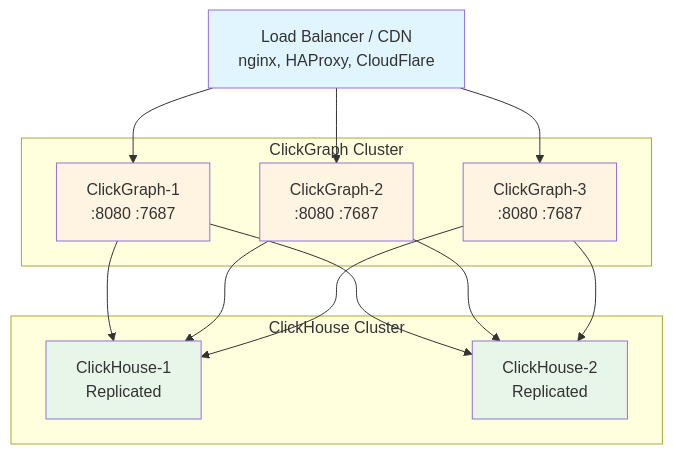
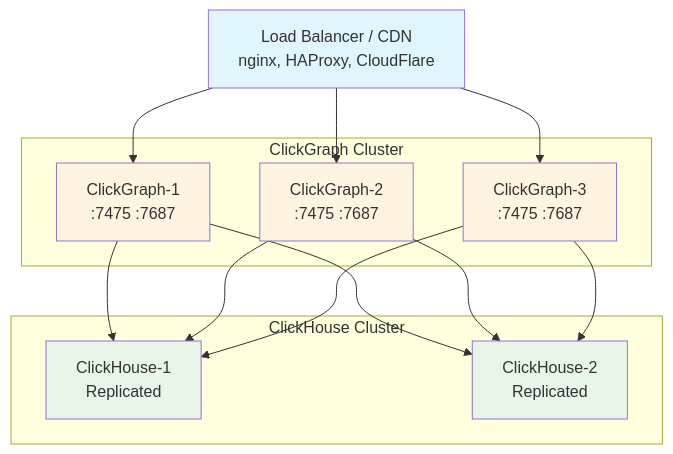
The diagram in docs/wiki/Production-Best-Practices.md (genezhang/clickgraph), drawn with Mermaid before and after one commit. The commit also changed other lines of this file and 48 other files, not shown here.

````diff
--- a/docs/wiki/Production-Best-Practices.md
+++ b/docs/wiki/Production-Best-Practices.md
@@ -21,25 +21,25 @@
 ```mermaid
 flowchart TD
     LB[Load Balancer / CDN<br/>nginx, HAProxy, CloudFlare]
     
     subgraph "ClickGraph Cluster"
-        CG1[ClickGraph-1<br/>:8080 :7687]
-        CG2[ClickGraph-2<br/>:8080 :7687]
-        CG3[ClickGraph-3<br/>:8080 :7687]
+        CG1[ClickGraph-1<br/>:7475 :7687]
+        CG2[ClickGraph-2<br/>:7475 :7687]
+        CG3[ClickGraph-3<br/>:7475 :7687]
     end
     
     subgraph "ClickHouse Cluster"
         CH1[ClickHouse-1<br/>Replicated]
         CH2[ClickHouse-2<br/>Replicated]
     end
     
     LB --> CG1 & CG2 & CG3
     CG1 & CG2 & CG3 --> CH1 & CH2
     
     style LB fill:#e1f5ff
     style CG1 fill:#fff4e1
     style CG2 fill:#fff4e1
     style CG3 fill:#fff4e1
     style CH1 fill:#e8f5e9
     style CH2 fill:#e8f5e9
 ```
````
